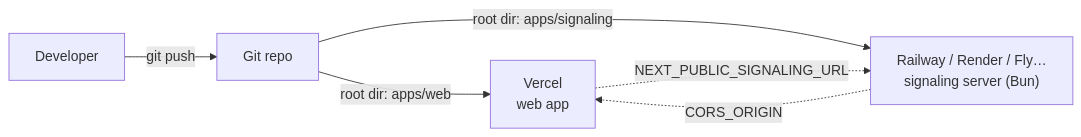
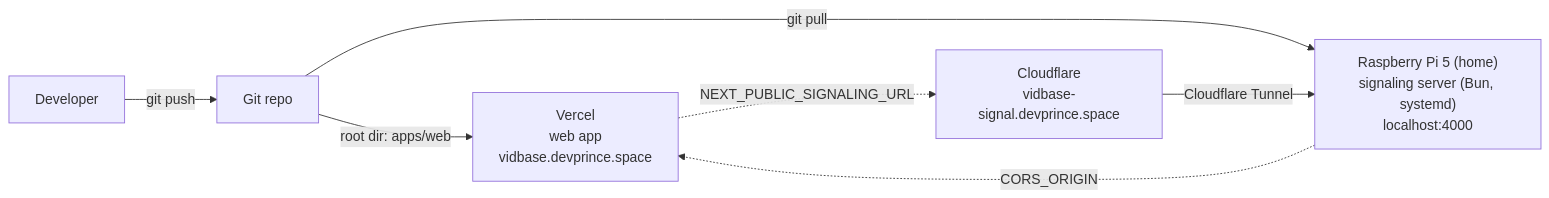
The tenth of 11 diagrams in docs/ARCHITECTURE.md (mr-dev-prince/vidbase), drawn with Mermaid before and after one commit. The commit also changed other lines of this file and 3 other files, not shown here.

Commit message:
feat: update README and architecture documentation for signaling server deployment on Raspberry Pi and add copy link functionality in CallTopBar

````diff
--- a/docs/ARCHITECTURE.md
+++ b/docs/ARCHITECTURE.md
@@ -270,8 +271,9 @@
 ```mermaid
 flowchart LR
   dev["Developer"] -- "git push" --> repo["Git repo"]
-  repo -- "root dir: apps/web" --> vercel["Vercel<br/>web app"]
-  repo -- "root dir: apps/signaling" --> host["Railway / Render / Fly…<br/>signaling server (Bun)"]
-  vercel -. "NEXT_PUBLIC_SIGNALING_URL" .-> host
-  host -. "CORS_ORIGIN" .-> vercel
+  repo -- "root dir: apps/web" --> vercel["Vercel<br/>web app<br/>vidbase.devprince.space"]
+  repo -- "git pull" --> pi["Raspberry Pi 5 (home)<br/>signaling server (Bun, systemd)<br/>localhost:4000"]
+  vercel -. "NEXT_PUBLIC_SIGNALING_URL" .-> cf["Cloudflare<br/>vidbase-signal.devprince.space"]
+  cf -- "Cloudflare Tunnel" --> pi
+  pi -. "CORS_ORIGIN" .-> vercel
 ```
````
